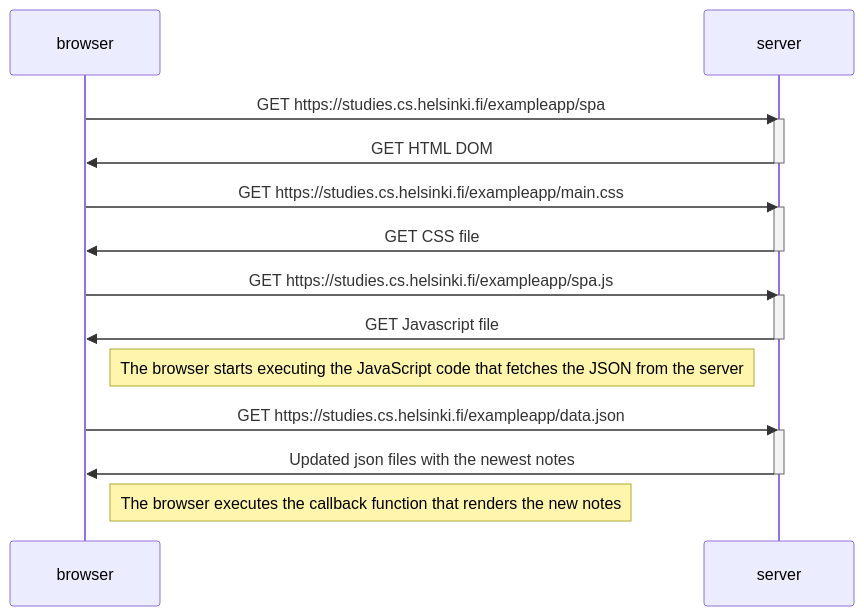
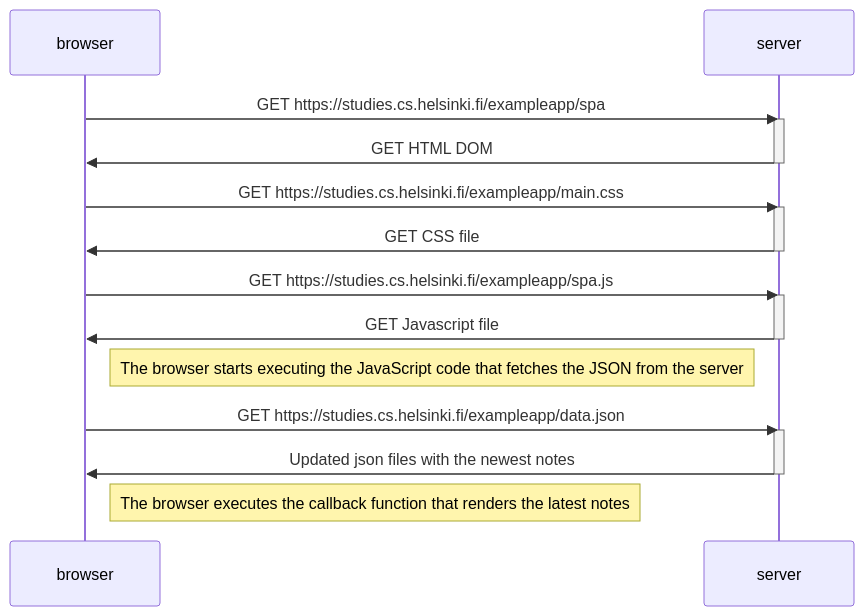
One commit to KrisnhoeRinaldy/fullstackopen changed the diagram in part0/single_page_app_diagram.md. Above: the diagram before and after it, drawn with Mermaid.

Commit message:
revised text

````diff
--- a/part0/single_page_app_diagram.md
+++ b/part0/single_page_app_diagram.md
@@ -1,29 +1,29 @@
 ```mermaid
 sequenceDiagram
     participant browser
     participant server
 
     browser->>server: GET https://studies.cs.helsinki.fi/exampleapp/spa
     activate server
     server->>browser: GET HTML DOM
     deactivate server
 
     browser->>server: GET https://studies.cs.helsinki.fi/exampleapp/main.css
     activate server
     server->>browser: GET CSS file
     deactivate server
 
     browser->>server: GET https://studies.cs.helsinki.fi/exampleapp/spa.js
     activate server
     server->>browser: GET Javascript file
     deactivate server
 
     Note right of browser: The browser starts executing the JavaScript code that fetches the JSON from the server
 
     browser->>server: GET https://studies.cs.helsinki.fi/exampleapp/data.json
     activate server
     server->>browser: Updated json files with the newest notes
     deactivate server
 
-    Note right of browser: The browser executes the callback function that renders the new notes
+    Note right of browser: The browser executes the callback function that renders the latest notes
 ```
````
